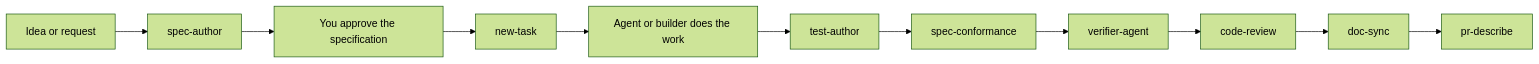
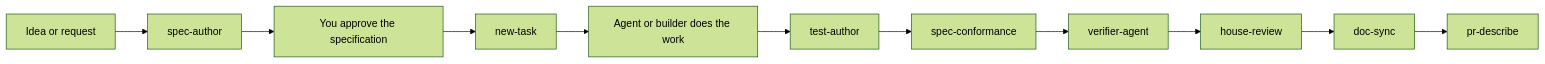
The second of 2 diagrams in docs/GETTING-STARTED.md (hams-ollo/zen-agent-skills), drawn with Mermaid (forest theme) before and after one commit. The commit also changed other lines of this file and 18 other files, not shown here.

First line of the commit message:
refactor: rename code-review to house-review, resolve its open questions

````diff
--- a/docs/GETTING-STARTED.md
+++ b/docs/GETTING-STARTED.md
@@ -293,13 +293,13 @@
 ```mermaid
 flowchart LR
   A[Idea or request] --> B[spec-author]
   B --> C[You approve the specification]
   C --> D[new-task]
   D --> E[Agent or builder does the work]
   E --> F[test-author]
   F --> G[spec-conformance]
   G --> H[verifier-agent]
-  H --> I[code-review]
+  H --> I[house-review]
   I --> K[doc-sync]
   K --> J[pr-describe]
 ```
````
